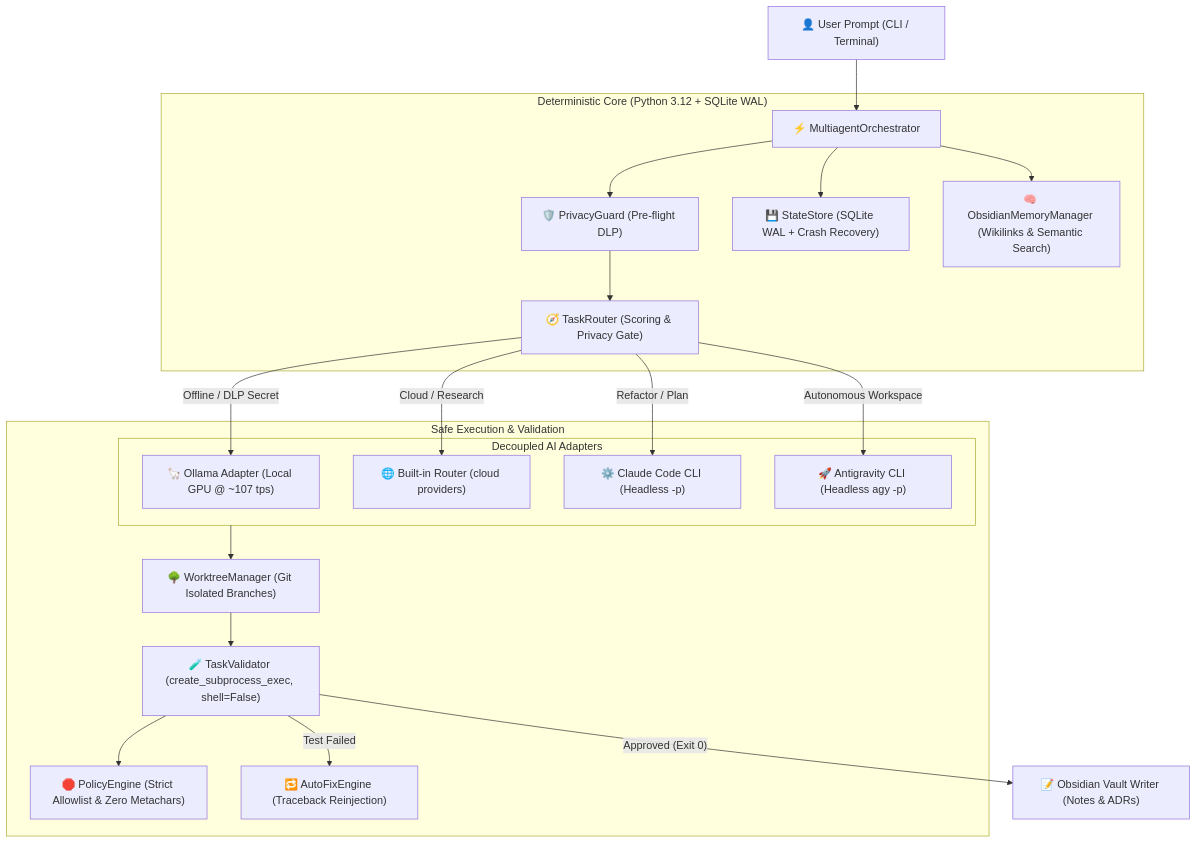
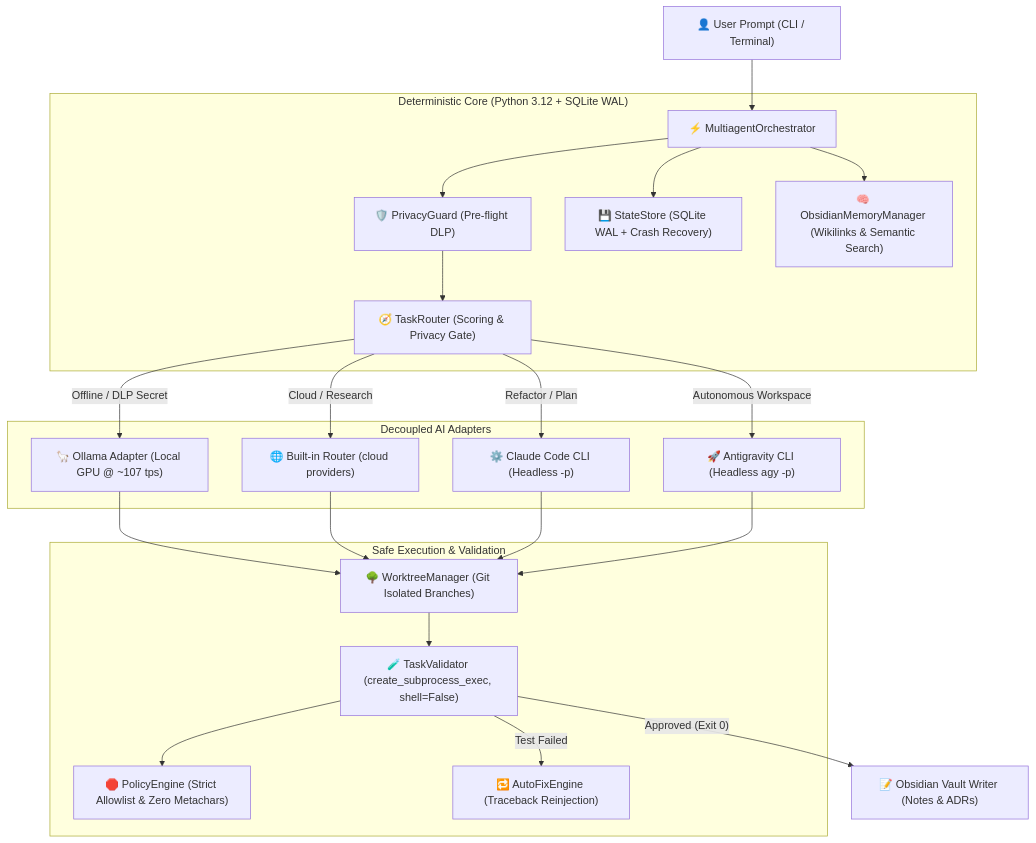
Before and after one commit to Kaio-Comk/Hera-Multiagent: the diagram in README.md, drawn with Mermaid.

Commit message:
fix: explicit Mermaid node routing for robust GitHub rendering

````diff
--- a/README.md
+++ b/README.md
@@ -185,27 +185,30 @@
 ```mermaid
 flowchart TD
     User["👤 User Prompt (CLI / Terminal)"] --> Orch["⚡ MultiagentOrchestrator"]
     
     subgraph Core ["Deterministic Core (Python 3.12 + SQLite WAL)"]
         Orch --> DLP["🛡️ PrivacyGuard (Pre-flight DLP)"]
         DLP --> Router["🧭 TaskRouter (Scoring & Privacy Gate)"]
         Orch --> State["💾 StateStore (SQLite WAL + Crash Recovery)"]
         Orch --> Memory["🧠 ObsidianMemoryManager (Wikilinks & Semantic Search)"]
     end
     
     subgraph Engines ["Decoupled AI Adapters"]
         Router -->|"Offline / DLP Secret"| Ollama["🦙 Ollama Adapter (Local GPU @ ~107 tps)"]
         Router -->|"Cloud / Research"| HeraRouter["🌐 Built-in Router (cloud providers)"]
         Router -->|"Refactor / Plan"| ClaudeCode["⚙️ Claude Code CLI (Headless -p)"]
         Router -->|"Autonomous Workspace"| Antigravity["🚀 Antigravity CLI (Headless agy -p)"]
     end
 
     subgraph Execution ["Safe Execution & Validation"]
-        Engines --> Worktree["🌳 WorktreeManager (Git Isolated Branches)"]
+        Ollama --> Worktree["🌳 WorktreeManager (Git Isolated Branches)"]
+        HeraRouter --> Worktree
+        ClaudeCode --> Worktree
+        Antigravity --> Worktree
         Worktree --> Validator["🧪 TaskValidator (create_subprocess_exec, shell=False)"]
         Validator --> Policy["🛑 PolicyEngine (Strict Allowlist & Zero Metachars)"]
         Validator -->|"Test Failed"| AutoFix["🔁 AutoFixEngine (Traceback Reinjection)"]
     end
 
     Validator -->|"Approved (Exit 0)"| VaultWriter["📝 Obsidian Vault Writer (Notes & ADRs)"]
 ```
````
